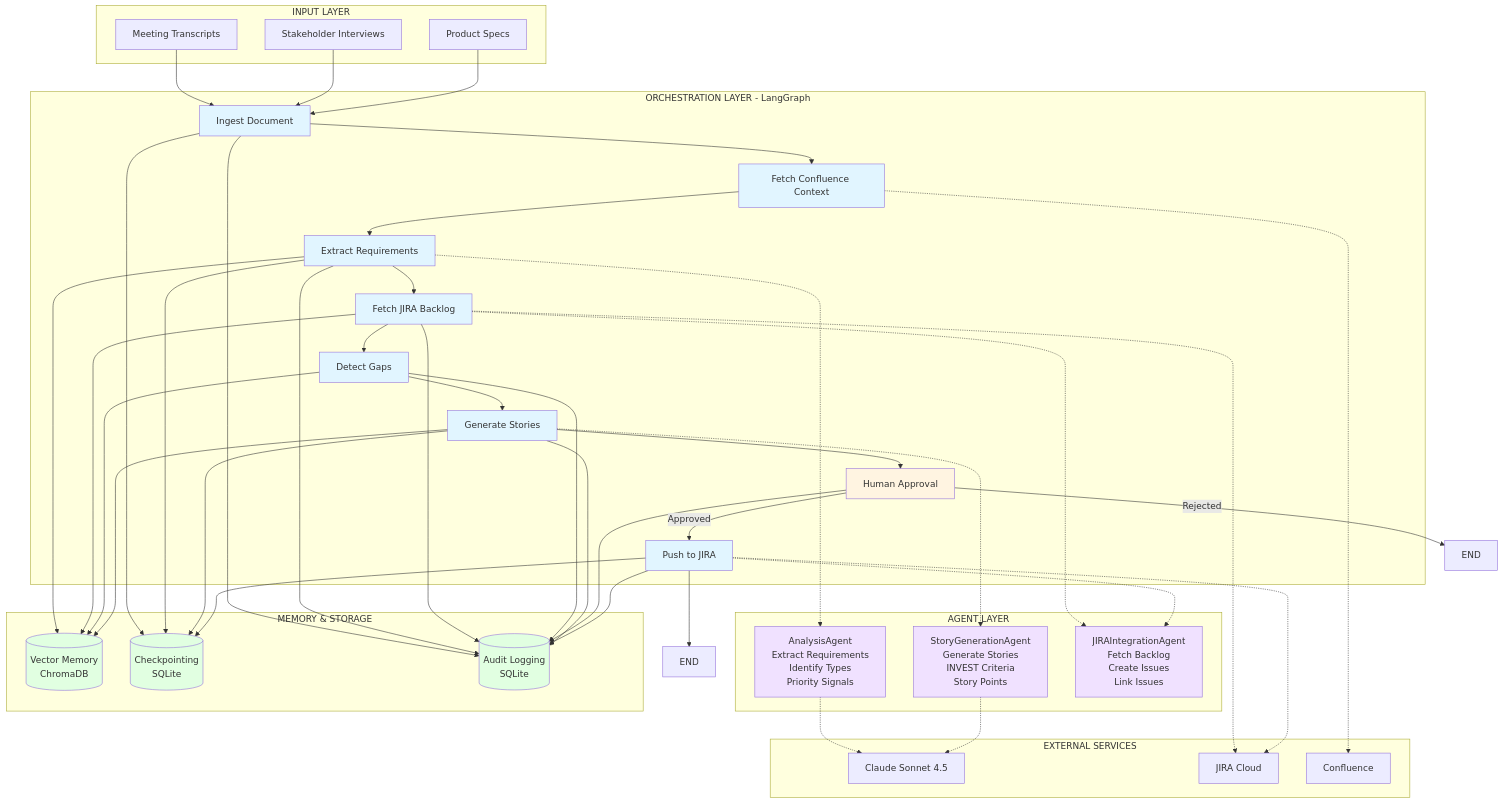
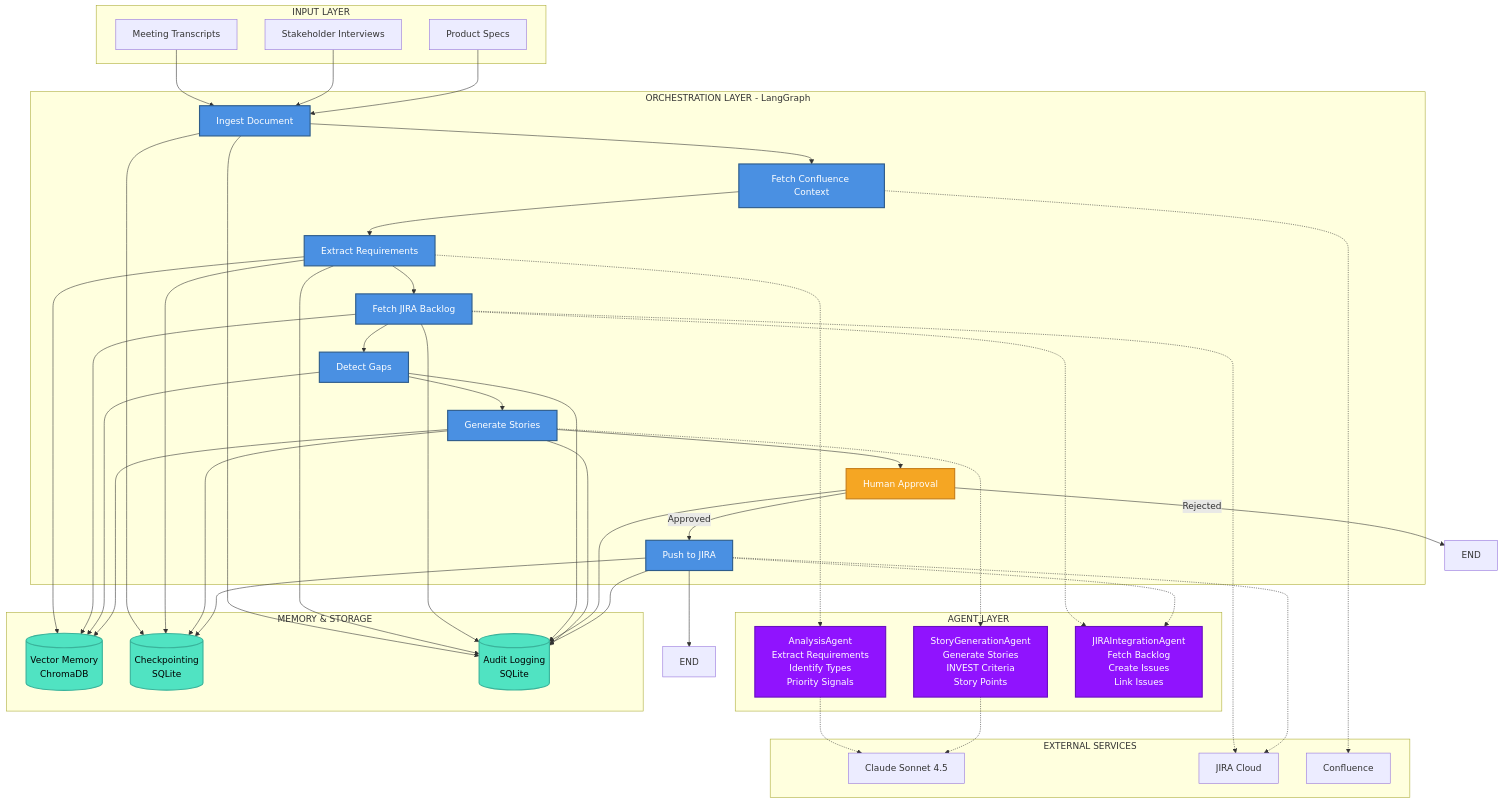
One commit to bmblack/backlog-synthesizer changed the first of 6 diagrams in docs/diagrams.md. Above: the diagram before and after it, drawn with Mermaid. The commit also changed other lines of this file, not shown here.

First line of the commit message:
Update Mermaid diagram colors for better readability

````diff
--- a/docs/diagrams.md
+++ b/docs/diagrams.md
@@ -84,20 +84,20 @@
     G -.-> S
     K -.-> S
 
-    style D fill:#e1f5ff
-    style E fill:#e1f5ff
-    style F fill:#e1f5ff
-    style G fill:#e1f5ff
-    style H fill:#e1f5ff
-    style I fill:#e1f5ff
-    style J fill:#fff4e1
-    style K fill:#e1f5ff
+    style D fill:#4A90E2,stroke:#2E5C8A,stroke-width:2px,color:#fff
+    style E fill:#4A90E2,stroke:#2E5C8A,stroke-width:2px,color:#fff
+    style F fill:#4A90E2,stroke:#2E5C8A,stroke-width:2px,color:#fff
+    style G fill:#4A90E2,stroke:#2E5C8A,stroke-width:2px,color:#fff
+    style H fill:#4A90E2,stroke:#2E5C8A,stroke-width:2px,color:#fff
+    style I fill:#4A90E2,stroke:#2E5C8A,stroke-width:2px,color:#fff
+    style J fill:#F5A623,stroke:#C77E1A,stroke-width:2px,color:#fff
+    style K fill:#4A90E2,stroke:#2E5C8A,stroke-width:2px,color:#fff
 
-    style L fill:#f0e1ff
-    style M fill:#f0e1ff
-    style N fill:#f0e1ff
+    style L fill:#9013FE,stroke:#6B0FC2,stroke-width:2px,color:#fff
+    style M fill:#9013FE,stroke:#6B0FC2,stroke-width:2px,color:#fff
+    style N fill:#9013FE,stroke:#6B0FC2,stroke-width:2px,color:#fff
 
-    style O fill:#e1ffe1
-    style P fill:#e1ffe1
-    style Q fill:#e1ffe1
+    style O fill:#50E3C2,stroke:#3AB39B,stroke-width:2px,color:#000
+    style P fill:#50E3C2,stroke:#3AB39B,stroke-width:2px,color:#000
+    style Q fill:#50E3C2,stroke:#3AB39B,stroke-width:2px,color:#000
 ```
````
